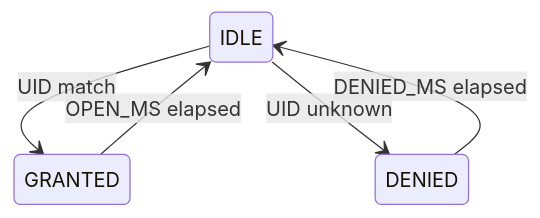
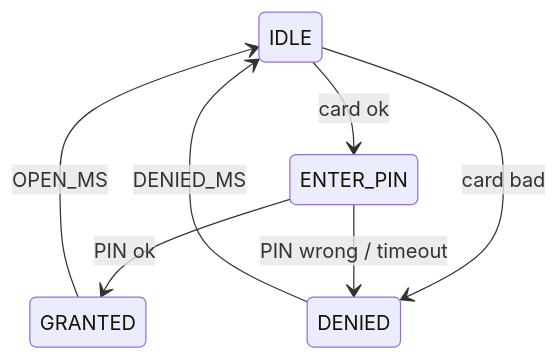
The diagram in 11_smart_door_lock/README.md (kien2803/Arduino-Project-Zero-to-Hero), drawn with Mermaid before and after one commit. The commit also changed other lines of this file and 42 other files, not shown here.

````diff
--- a/11_smart_door_lock/README.md
+++ b/11_smart_door_lock/README.md
@@ -78,7 +79,9 @@
 ```mermaid
 stateDiagram-v2
-  IDLE --> GRANTED: UID match
-  IDLE --> DENIED:  UID unknown
-  GRANTED --> IDLE: OPEN_MS elapsed
-  DENIED --> IDLE:  DENIED_MS elapsed
+  IDLE --> ENTER_PIN: card ok
+  IDLE --> DENIED:    card bad
+  ENTER_PIN --> GRANTED: PIN ok
+  ENTER_PIN --> DENIED:  PIN wrong / timeout
+  GRANTED --> IDLE:  OPEN_MS
+  DENIED  --> IDLE:  DENIED_MS
 ```
````
